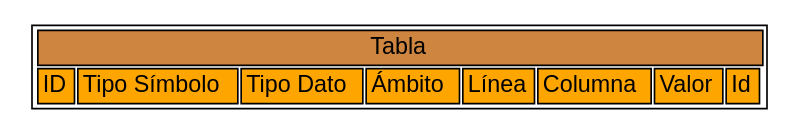
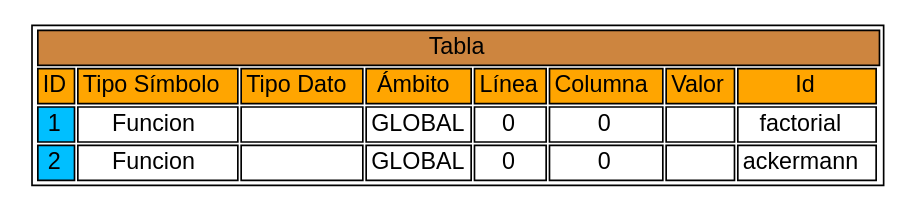
The diagram in client/src/pages/imagenes/tabla.dot (sebbbasdl/OLC2_P1_201906085), drawn with Graphviz before and after one commit. The commit also changed 8 other files, not shown here.

```diff
--- a/client/src/pages/imagenes/tabla.dot
+++ b/client/src/pages/imagenes/tabla.dot
@@ -1,6 +1,8 @@
 digraph Table {
   node [shape=none fontname=Helvetica]
   n1 [label = <<table>
     <tr><td colspan="9" bgcolor="Peru">Tabla</td></tr>
-    <tr><td bgcolor="orange">ID</td><td bgcolor="orange">Tipo Símbolo</td><td bgcolor="orange">Tipo Dato</td><td bgcolor="orange">Ámbito</td><td bgcolor="orange">Línea</td><td bgcolor="orange">Columna</td><td bgcolor="orange">Valor</td><td bgcolor="orange">Id</td></tr>  </table>> ]
+    <tr><td bgcolor="orange">ID</td><td bgcolor="orange">Tipo Símbolo</td><td bgcolor="orange">Tipo Dato</td><td bgcolor="orange">Ámbito</td><td bgcolor="orange">Línea</td><td bgcolor="orange">Columna</td><td bgcolor="orange">Valor</td><td bgcolor="orange">Id</td></tr>    <tr><td bgcolor="#00bfff">1</td><td>Funcion</td><td> </td><td>GLOBAL</td><td>0</td><td>0</td><td> </td><td>factorial</td></tr>
+    <tr><td bgcolor="#00bfff">2</td><td>Funcion</td><td> </td><td>GLOBAL</td><td>0</td><td>0</td><td> </td><td>ackermann</td></tr>
+  </table>> ]
 }
```
